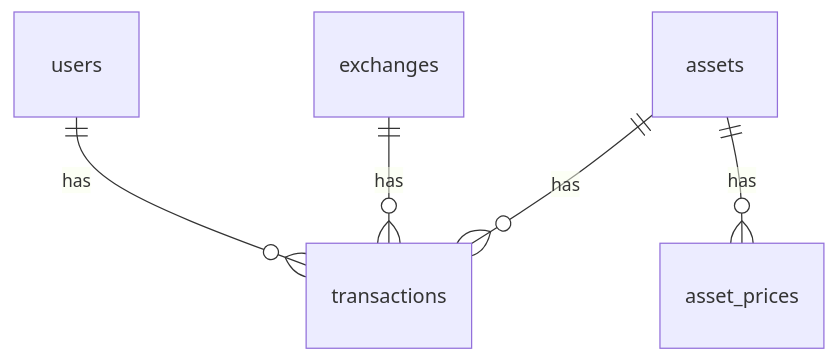
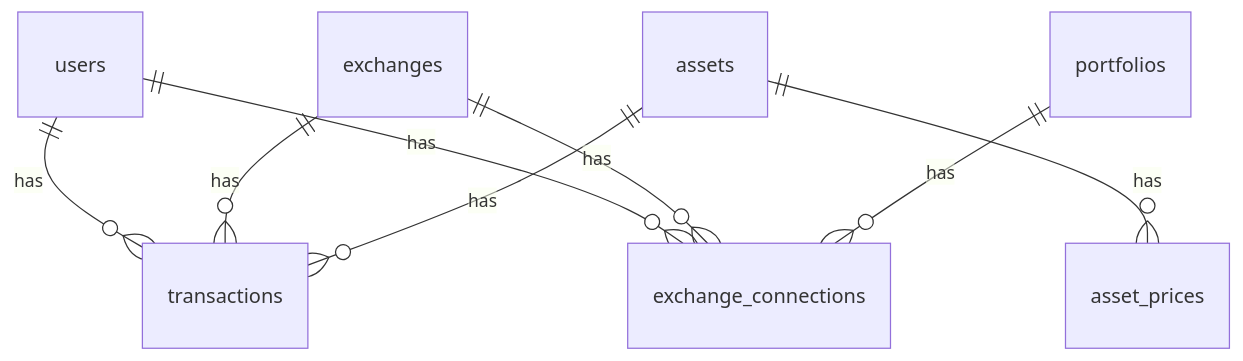
Before and after one commit to furuyaaaa/cryptoapp: the diagram in README.md, drawn with Mermaid. The commit also changed other lines of this file and 25 other files, not shown here.

````diff
--- a/README.md
+++ b/README.md
@@ -96,7 +144,10 @@
 ```mermaid
 erDiagram
     users ||--o{ transactions : has
+    users ||--o{ exchange_connections : has
     exchanges ||--o{ transactions : has
+    exchanges ||--o{ exchange_connections : has
+    portfolios ||--o{ exchange_connections : has
     assets ||--o{ transactions : has
     assets ||--o{ asset_prices : has
 ```
````
